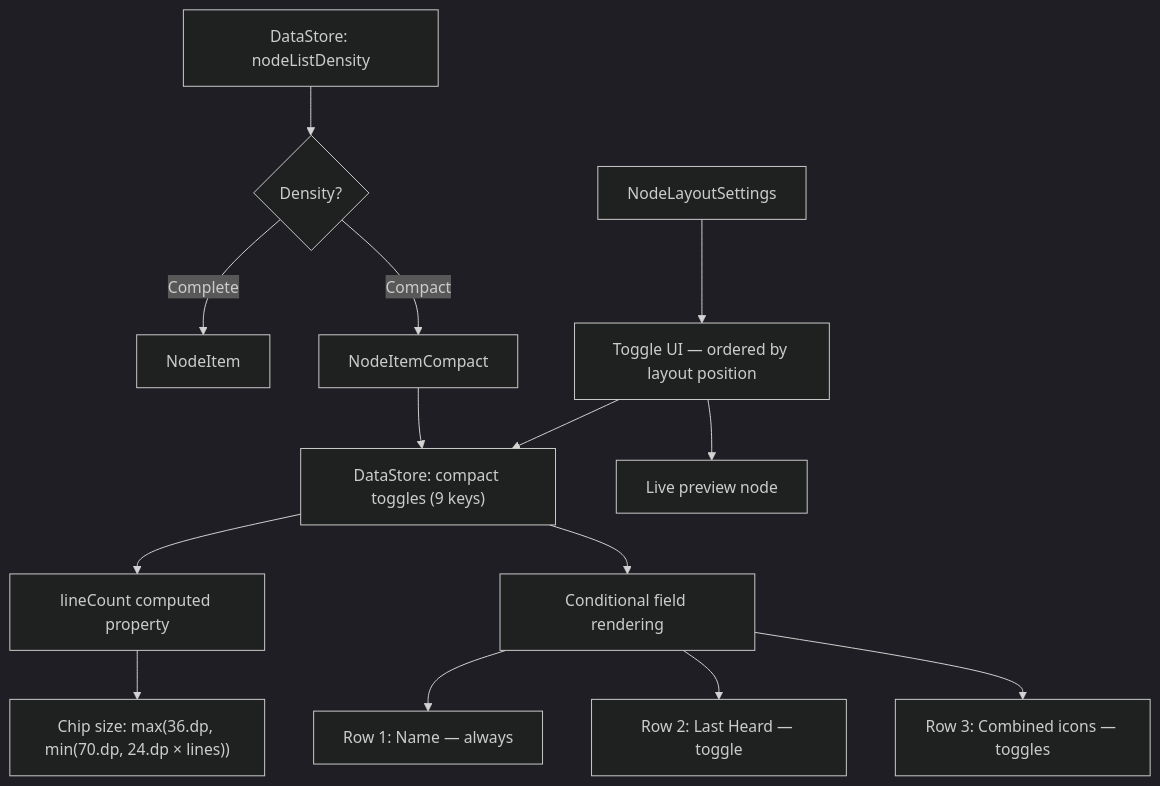
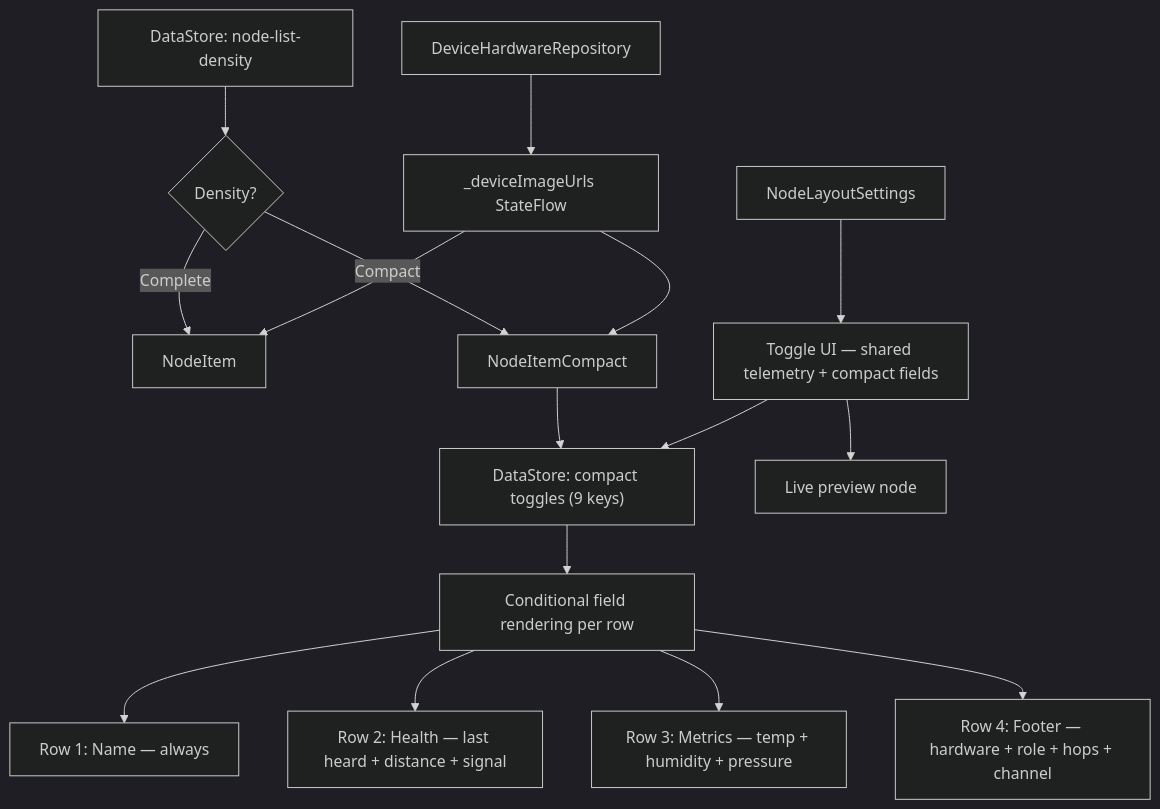
Before and after one commit to meshtastic/Meshtastic-Android: the second of 2 diagrams in specs/20260507-161758-node-list-layout/spec.md, drawn with Mermaid (dark theme). The commit also changed other lines of this file and 83 other files, not shown here.

Commit message:
feat: node list density switching with compact layout and field toggles (#5444)

````diff
--- a/specs/20260507-161758-node-list-layout/spec.md
+++ b/specs/20260507-161758-node-list-layout/spec.md
@@ -150,17 +249,20 @@
 ```mermaid
 flowchart TD
-    A["DataStore: nodeListDensity"] --> B{Density?}
+    A["DataStore: node-list-density"] --> B{Density?}
     B -->|Complete| C[NodeItem]
     B -->|Compact| D[NodeItemCompact]
     D --> E["DataStore: compact toggles (9 keys)"]
-    E --> F[lineCount computed property]
-    F --> G["Chip size: max(36.dp, min(70.dp, 24.dp × lines))"]
-    E --> H[Conditional field rendering]
+    E --> H[Conditional field rendering per row]
     H --> I["Row 1: Name — always"]
-    H --> J["Row 2: Last Heard — toggle"]
-    H --> K["Row 3: Combined icons — toggles"]
+    H --> J["Row 2: Health — last heard + distance + signal"]
+    H --> K["Row 3: Metrics — temp + humidity + pressure"]
+    H --> L["Row 4: Footer — hardware + role + hops + channel"]
     
-    L[NodeLayoutSettings] --> M["Toggle UI — ordered by layout position"]
-    M --> E
-    M --> N[Live preview node]
+    M[NodeLayoutSettings] --> N["Toggle UI — shared telemetry + compact fields"]
+    N --> E
+    N --> O[Live preview node]
+    
+    P["DeviceHardwareRepository"] --> Q["_deviceImageUrls StateFlow"]
+    Q --> C
+    Q --> D
 ```
````
